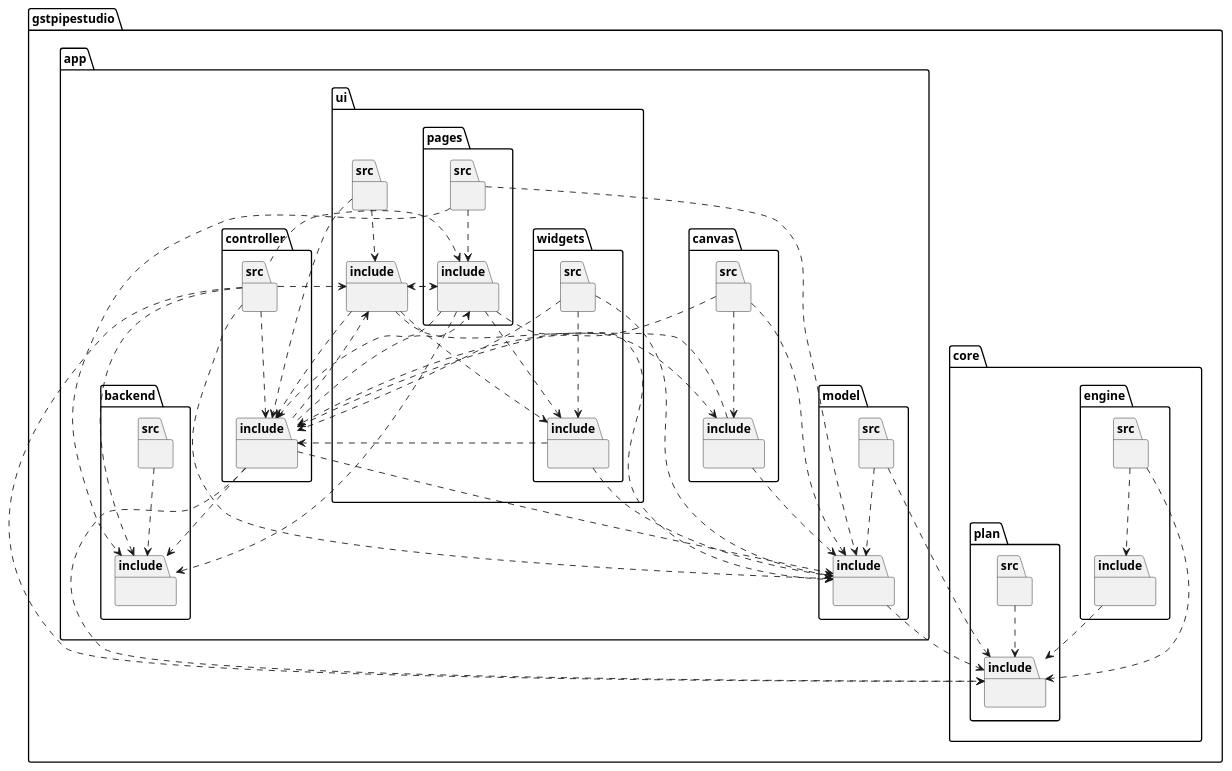
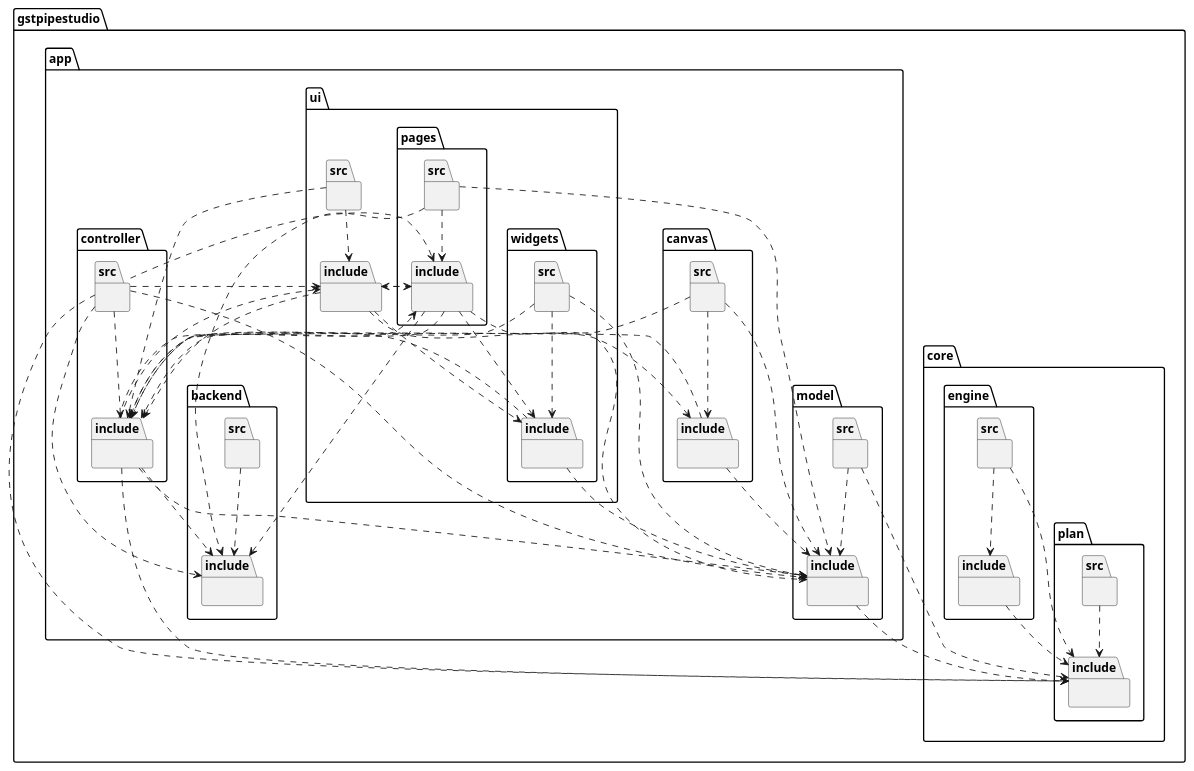
Before and after one commit to mevlt01001/GstPipeStudio: the diagram in gstpipestudio/docs/uml/architecture_overview.puml, drawn with PlantUML. The commit also changed other lines of this file and 14 other files, not shown here.

Commit message:
docs(uml): update UML diagrams [skip ci]

```diff
--- a/gstpipestudio/docs/uml/architecture_overview.puml
+++ b/gstpipestudio/docs/uml/architecture_overview.puml
@@ -1,108 +1,108 @@
 @startuml
 package [gstpipestudio] as C_0017057495108627587053 {
 package [core] as C_0012894861064521867090 {
+package [plan] as C_0002971759619185555352 {
+package [include] as C_0010367999445651334064 {
+}
+package [src] as C_0002582689062293143727 {
+}
+}
 package [engine] as C_0017923219906842221277 {
 package [include] as C_0015966878866093441709 {
 }
 package [src] as C_0007287627865216652411 {
 }
 }
-package [plan] as C_0002971759619185555352 {
-package [include] as C_0010367999445651334064 {
-}
-package [src] as C_0002582689062293143727 {
-}
-}
 }
 package [app] as C_0017624386574524238040 {
-package [model] as C_0003304101111281652823 {
-package [include] as C_0014186263553356077660 {
-}
-package [src] as C_0008646445445754065813 {
-}
-}
-package [canvas] as C_0001376217784616554099 {
-package [include] as C_0006334039208790150231 {
-}
-package [src] as C_0000872430317709054616 {
-}
-}
 package [backend] as C_0002981332528105629303 {
 package [include] as C_0014306782409507360507 {
 }
 package [src] as C_0003203453289242908113 {
-}
-}
-package [controller] as C_0017632301074384575440 {
-package [include] as C_0005714370440626416223 {
-}
-package [src] as C_0017776803766029362029 {
 }
 }
 package [ui] as C_0006670580327551572252 {
 package [include] as C_0015771189195752869915 {
 }
 package [widgets] as C_0003776884589764586836 {
 package [include] as C_0001266318526031853264 {
 }
 package [src] as C_0004990143619839606891 {
 }
 }
 package [pages] as C_0013130590165211359386 {
 package [include] as C_0014300313270481322647 {
 }
 package [src] as C_0013972685662614161342 {
 }
 }
 package [src] as C_0000188829693883047291 {
 }
 }
+package [canvas] as C_0001376217784616554099 {
+package [include] as C_0006334039208790150231 {
+}
+package [src] as C_0000872430317709054616 {
 }
 }
+package [model] as C_0003304101111281652823 {
+package [include] as C_0014186263553356077660 {
+}
+package [src] as C_0008646445445754065813 {
+}
+}
+package [controller] as C_0017632301074384575440 {
+package [include] as C_0005714370440626416223 {
+}
+package [src] as C_0017776803766029362029 {
+}
+}
+}
+}
+C_0002582689062293143727 ..> C_0010367999445651334064
 C_0015966878866093441709 ..> C_0010367999445651334064
+C_0007287627865216652411 ..> C_0010367999445651334064
 C_0007287627865216652411 ..> C_0015966878866093441709
-C_0007287627865216652411 ..> C_0010367999445651334064
-C_0002582689062293143727 ..> C_0010367999445651334064
-C_0014186263553356077660 ..> C_0010367999445651334064
-C_0008646445445754065813 ..> C_0014186263553356077660
-C_0008646445445754065813 ..> C_0010367999445651334064
+C_0003203453289242908113 ..> C_0014306782409507360507
+C_0015771189195752869915 ..> C_0005714370440626416223
+C_0015771189195752869915 ..> C_0006334039208790150231
+C_0015771189195752869915 ..> C_0014300313270481322647
+C_0015771189195752869915 ..> C_0001266318526031853264
+C_0001266318526031853264 ..> C_0014186263553356077660
+C_0001266318526031853264 ..> C_0005714370440626416223
+C_0004990143619839606891 ..> C_0014186263553356077660
+C_0004990143619839606891 ..> C_0001266318526031853264
+C_0004990143619839606891 ..> C_0005714370440626416223
+C_0014300313270481322647 ..> C_0014186263553356077660
+C_0014300313270481322647 ..> C_0001266318526031853264
+C_0014300313270481322647 ..> C_0015771189195752869915
+C_0014300313270481322647 ..> C_0014306782409507360507
+C_0014300313270481322647 ..> C_0005714370440626416223
+C_0013972685662614161342 ..> C_0014306782409507360507
+C_0013972685662614161342 ..> C_0014300313270481322647
+C_0013972685662614161342 ..> C_0014186263553356077660
+C_0000188829693883047291 ..> C_0005714370440626416223
+C_0000188829693883047291 ..> C_0015771189195752869915
 C_0006334039208790150231 ..> C_0005714370440626416223
 C_0006334039208790150231 ..> C_0014186263553356077660
+C_0000872430317709054616 ..> C_0006334039208790150231
 C_0000872430317709054616 ..> C_0014186263553356077660
-C_0000872430317709054616 ..> C_0006334039208790150231
 C_0000872430317709054616 ..> C_0005714370440626416223
-C_0003203453289242908113 ..> C_0014306782409507360507
+C_0014186263553356077660 ..> C_0010367999445651334064
+C_0008646445445754065813 ..> C_0010367999445651334064
+C_0008646445445754065813 ..> C_0014186263553356077660
 C_0005714370440626416223 ..> C_0010367999445651334064
 C_0005714370440626416223 ..> C_0014186263553356077660
 C_0005714370440626416223 ..> C_0014306782409507360507
 C_0005714370440626416223 ..> C_0015771189195752869915
 C_0005714370440626416223 ..> C_0014300313270481322647
 C_0017776803766029362029 ..> C_0014306782409507360507
 C_0017776803766029362029 ..> C_0014186263553356077660
 C_0017776803766029362029 ..> C_0010367999445651334064
 C_0017776803766029362029 ..> C_0005714370440626416223
 C_0017776803766029362029 ..> C_0015771189195752869915
 C_0017776803766029362029 ..> C_0014300313270481322647
-C_0015771189195752869915 ..> C_0005714370440626416223
-C_0015771189195752869915 ..> C_0006334039208790150231
-C_0015771189195752869915 ..> C_0014300313270481322647
-C_0015771189195752869915 ..> C_0001266318526031853264
-C_0001266318526031853264 ..> C_0014186263553356077660
-C_0001266318526031853264 ..> C_0005714370440626416223
-C_0004990143619839606891 ..> C_0005714370440626416223
-C_0004990143619839606891 ..> C_0014186263553356077660
-C_0004990143619839606891 ..> C_0001266318526031853264
-C_0014300313270481322647 ..> C_0014186263553356077660
-C_0014300313270481322647 ..> C_0015771189195752869915
-C_0014300313270481322647 ..> C_0001266318526031853264
-C_0014300313270481322647 ..> C_0005714370440626416223
-C_0014300313270481322647 ..> C_0014306782409507360507
-C_0013972685662614161342 ..> C_0014306782409507360507
-C_0013972685662614161342 ..> C_0014300313270481322647
-C_0013972685662614161342 ..> C_0014186263553356077660
-C_0000188829693883047291 ..> C_0005714370440626416223
-C_0000188829693883047291 ..> C_0015771189195752869915
 
 'Generated with clang-uml, version 0.6.3
 'LLVM version Ubuntu clang version 15.0.7
 @enduml
```
